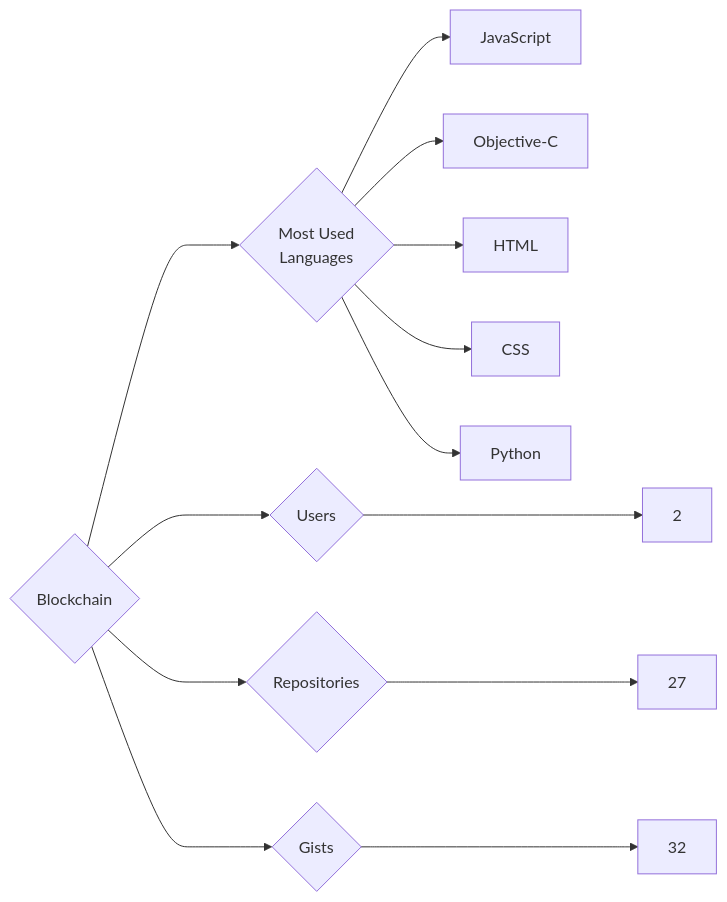
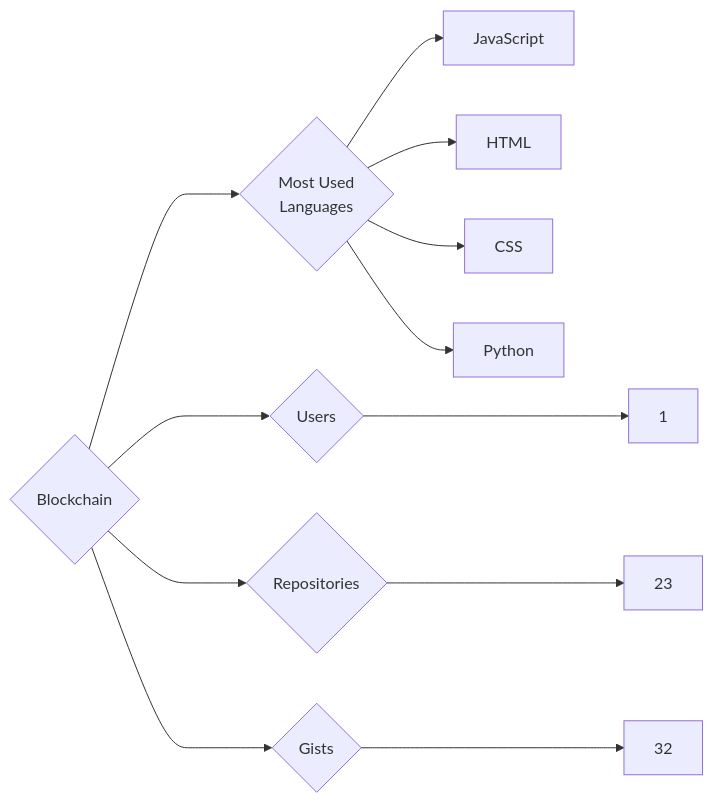
The diagram in targets/Blockchain/README.md (trickest/insiders), drawn with Mermaid before and after one commit. The commit also changed 757 other files, not shown here.

````diff
--- a/targets/Blockchain/README.md
+++ b/targets/Blockchain/README.md
@@ -3,13 +3,12 @@
 ```mermaid
 graph LR
 COMPANY_NAME{Blockchain}
-COMPANY_NAME ---> U{Users} ---> UN[2]
-COMPANY_NAME ---> R{Repositories} ---> RN[27]
+COMPANY_NAME ---> U{Users} ---> UN[1]
+COMPANY_NAME ---> R{Repositories} ---> RN[23]
 COMPANY_NAME ---> G{Gists} ---> GN[32]
 COMPANY_NAME ---> ML{Most Used<br>Languages}
 ML --> JavaScript[JavaScript]
-ML --> Objective-C[Objective-C]
 ML --> HTML[HTML]
 ML --> CSS[CSS]
 ML --> Python[Python]
 ```
````
